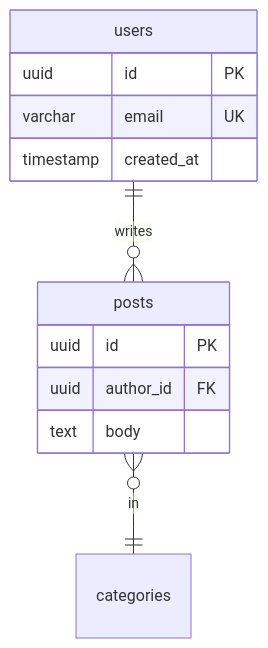
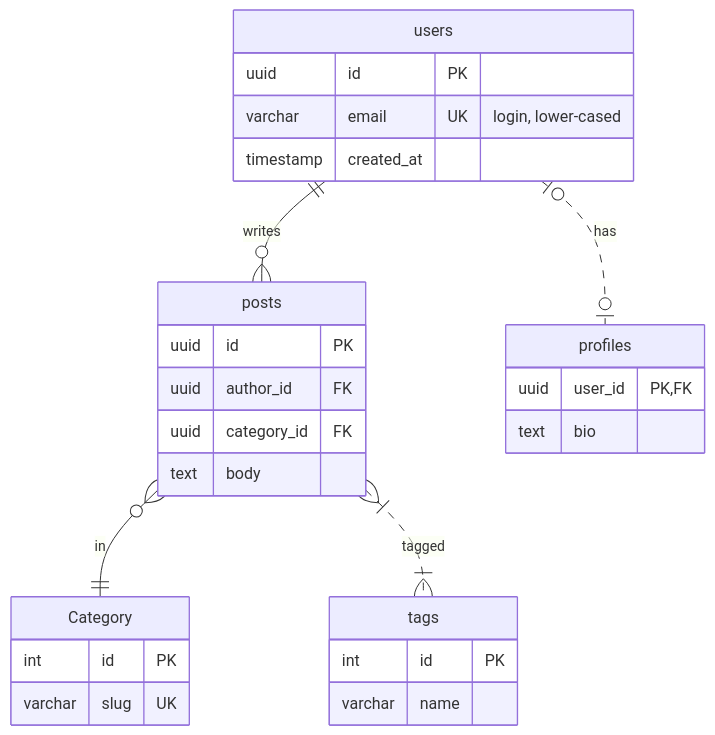
The diagram in examples/er.mmd (go-routine-id/flowcli), drawn with Mermaid before and after one commit. The commit also changed 3 other files, not shown here.

Commit message:
feat: draw ER columns, keys, text cardinalities and dashed non-identifying relations so ER diagrams read as schemas

```diff
--- a/examples/er.mmd
+++ b/examples/er.mmd
@@ -1,13 +1,28 @@
 erDiagram
     users ||--o{ posts : writes
     posts }o--|| categories : in
+    users |o..o| profiles : has
+    posts }|..|{ tags : tagged
     users {
         uuid id PK
-        varchar email UK
+        varchar email UK "login, lower-cased"
         timestamp created_at
     }
     posts {
         uuid id PK
         uuid author_id FK
+        uuid category_id FK
         text body
     }
+    categories["Category"] {
+        int id PK
+        varchar slug UK
+    }
+    profiles {
+        uuid user_id PK, FK
+        text bio
+    }
+    tags {
+        int id PK
+        varchar name
+    }
```
